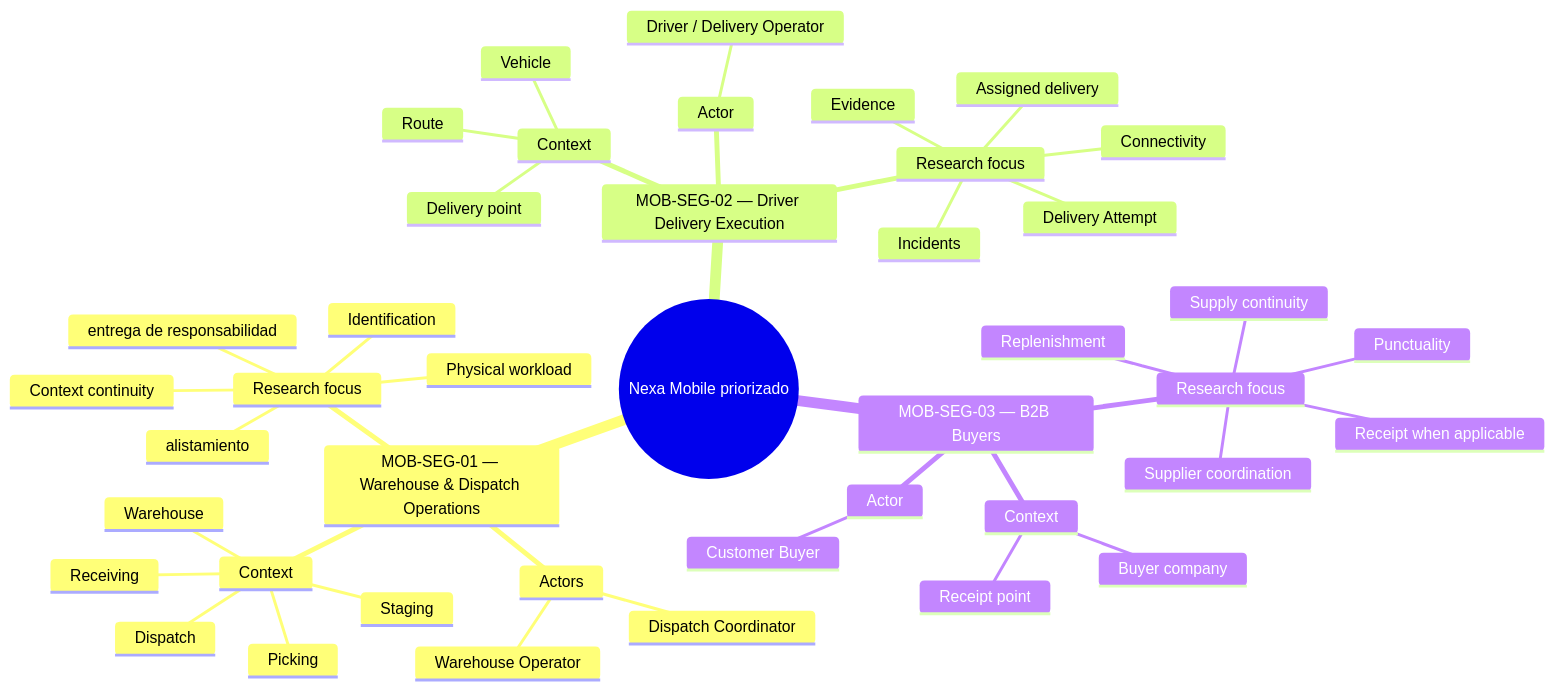
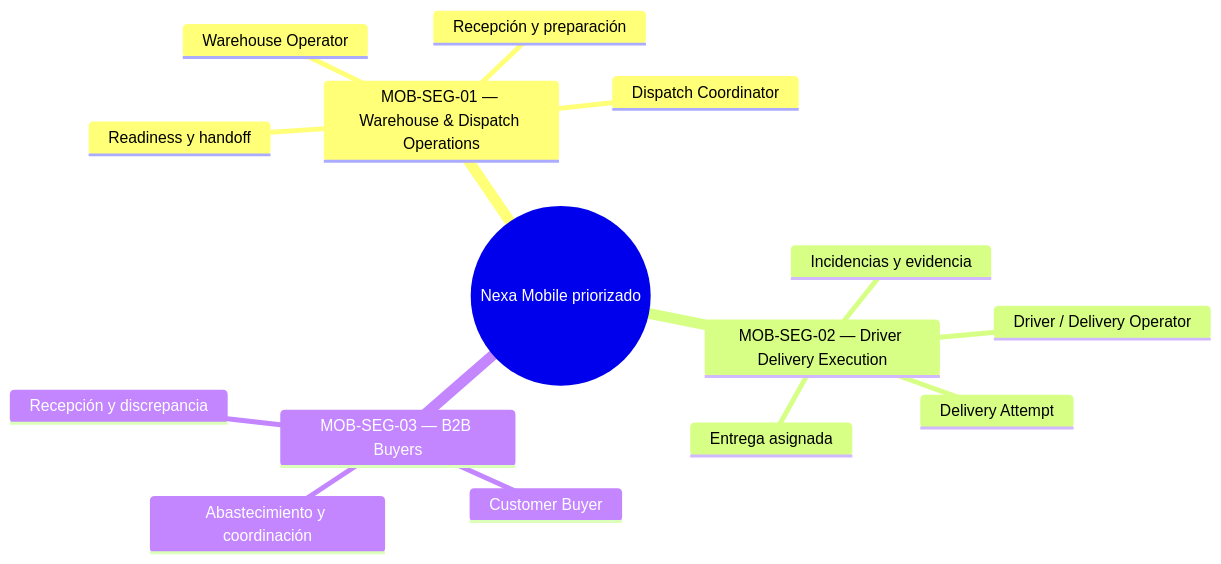
Before and after one commit to nexa-suite/mobile-report: the diagram in report/01-presentation/1.3-target-segments.md, drawn with Mermaid. The commit also changed other lines of this file, not shown here.

Commit message:
docs(ch1): refine mobile target segments and research context

````diff
--- a/report/01-presentation/1.3-target-segments.md
+++ b/report/01-presentation/1.3-target-segments.md
@@ -147,47 +105,18 @@
 ```mermaid
 mindmap
   root((Nexa Mobile priorizado))
     MOB-SEG-01 — Warehouse & Dispatch Operations
-      Actors
-        Warehouse Operator
-        Dispatch Coordinator
-      Context
-        Receiving
-        Warehouse
-        Picking
-        Staging
-        Dispatch
-      Research focus
-        Context continuity
-        Identification
-        alistamiento
-        entrega de responsabilidad
-        Physical workload
-
+      Warehouse Operator
+      Dispatch Coordinator
+      Recepción y preparación
+      Readiness y handoff
     MOB-SEG-02 — Driver Delivery Execution
-      Actor
-        Driver / Delivery Operator
-      Context
-        Vehicle
-        Route
-        Delivery point
-      Research focus
-        Assigned delivery
-        Delivery Attempt
-        Incidents
-        Evidence
-        Connectivity
-
+      Driver / Delivery Operator
+      Entrega asignada
+      Delivery Attempt
+      Incidencias y evidencia
     MOB-SEG-03 — B2B Buyers
-      Actor
-        Customer Buyer
-      Context
-        Buyer company
-        Receipt point
-      Research focus
-        Replenishment
-        Supply continuity
-        Supplier coordination
-        Punctuality
-        Receipt when applicable
+      Customer Buyer
+      Abastecimiento y coordinación
+      Recepción y discrepancia
 ```
````
